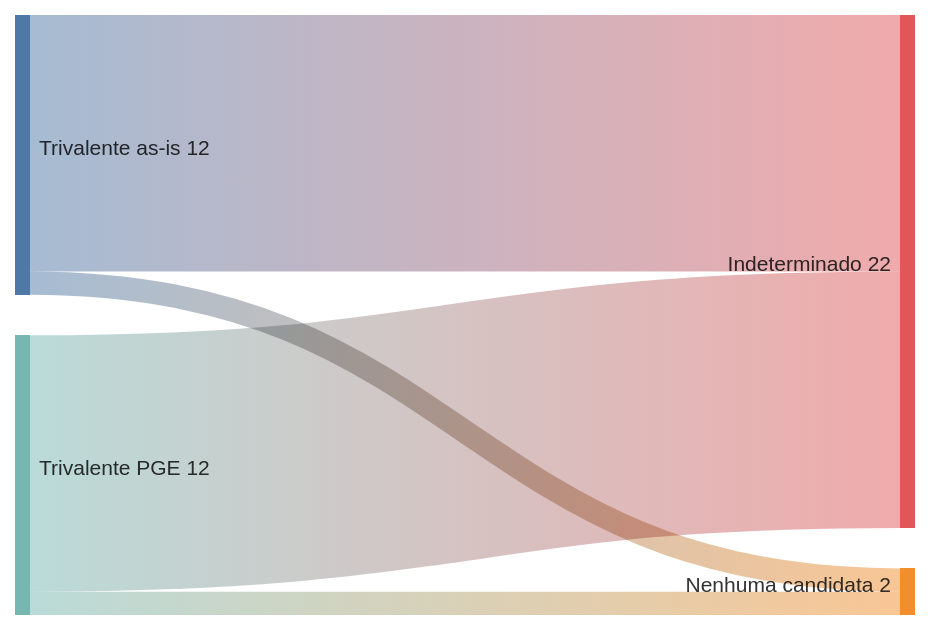
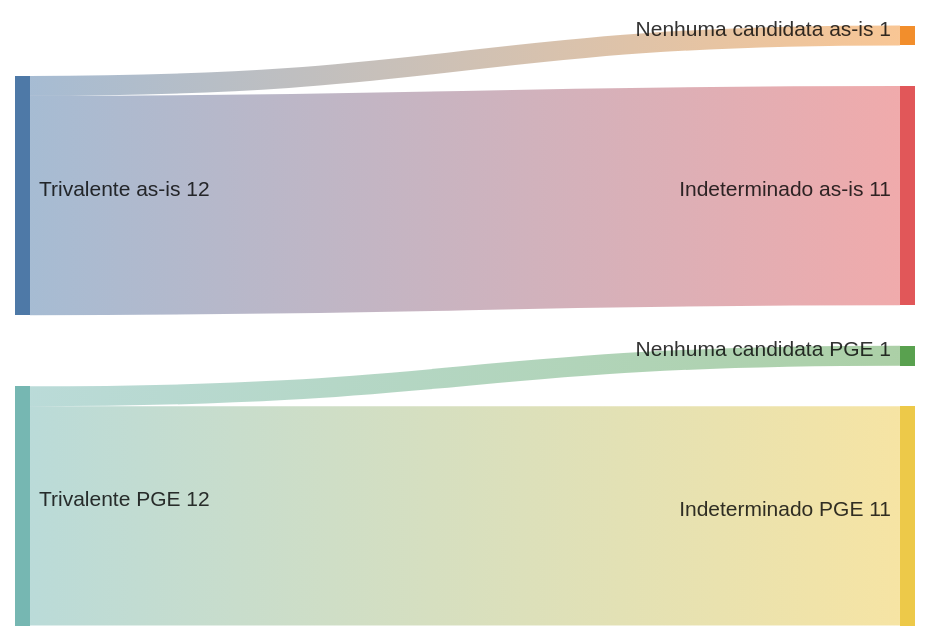
Before and after one commit to franklinbaldo/sisprev: the second of 3 diagrams in docs/analysis/piloto-selecao-invalidez-incapacidade.md, drawn with Mermaid. The commit also changed other lines of this file, not shown here.

First line of the commit message:
docs: separa nós dos Sankeys do piloto por modelo (as-is/PGE)

````diff
--- a/docs/analysis/piloto-selecao-invalidez-incapacidade.md
+++ b/docs/analysis/piloto-selecao-invalidez-incapacidade.md
@@ -108,7 +108,7 @@
 ```mermaid
 sankey-beta
-Trivalente as-is,Nenhuma candidata,1
-Trivalente as-is,Indeterminado,11
-Trivalente PGE,Nenhuma candidata,1
-Trivalente PGE,Indeterminado,11
+Trivalente as-is,Nenhuma candidata as-is,1
+Trivalente as-is,Indeterminado as-is,11
+Trivalente PGE,Nenhuma candidata PGE,1
+Trivalente PGE,Indeterminado PGE,11
 ```
````
